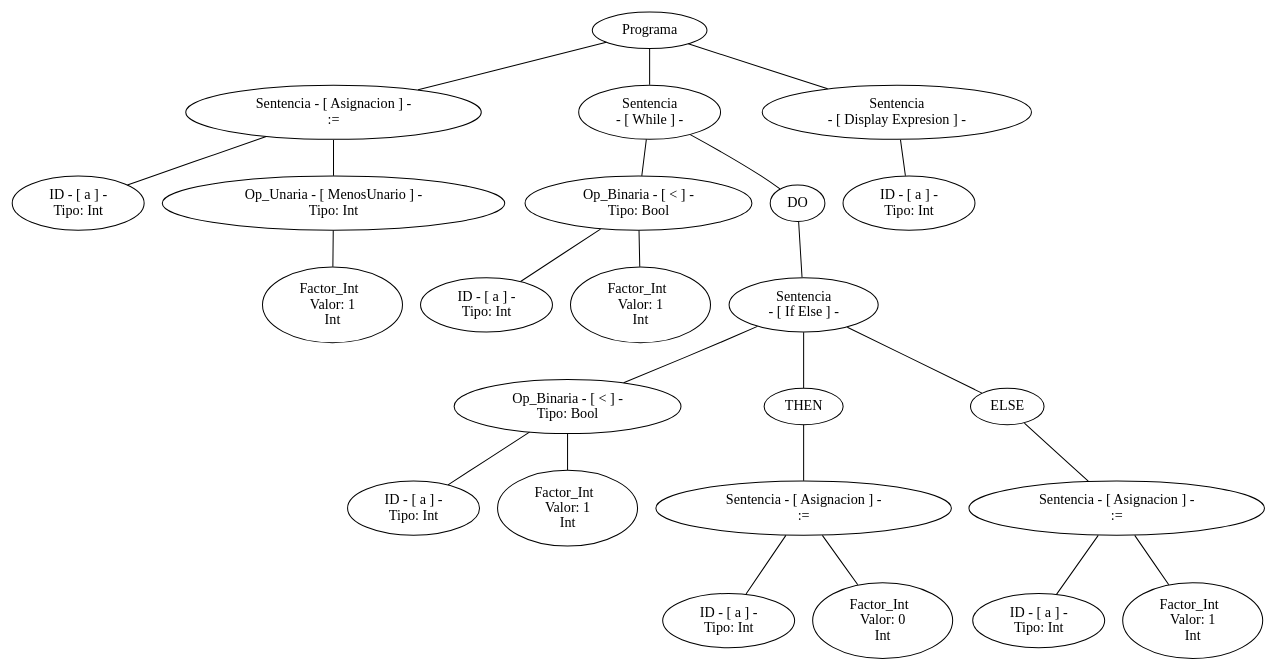
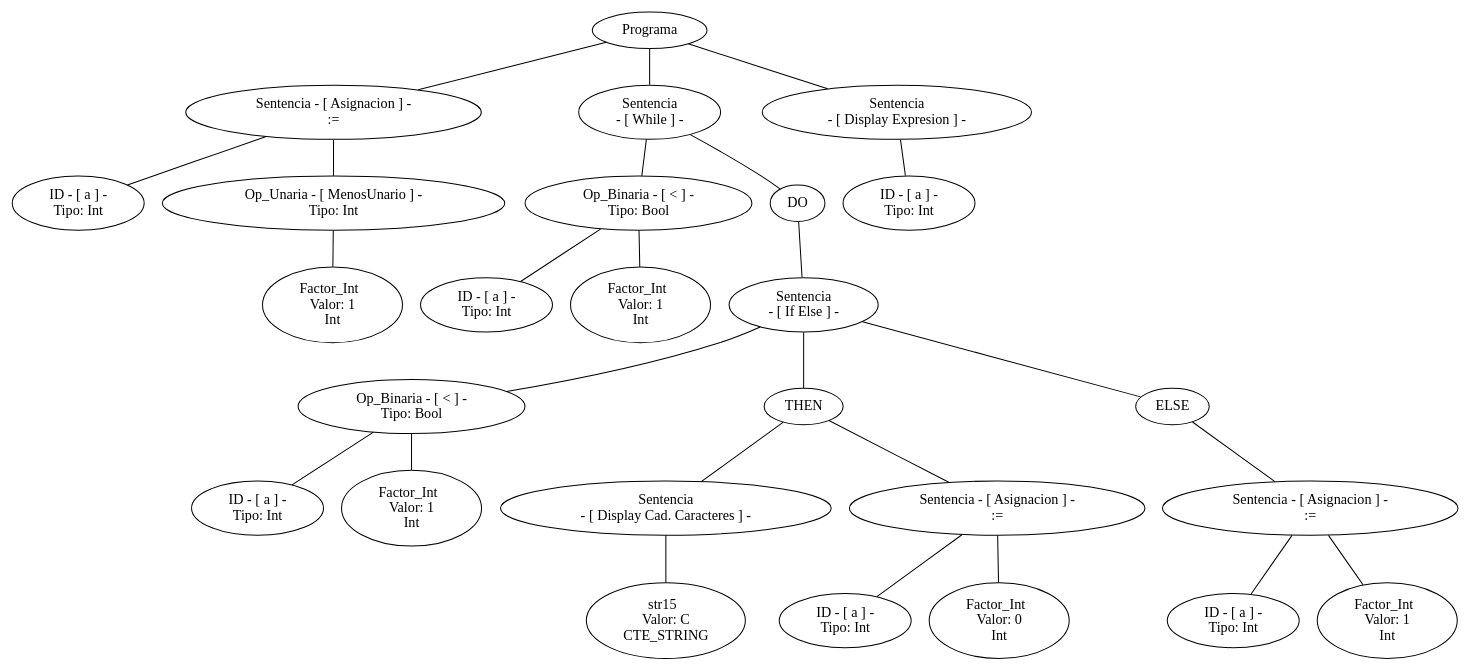
The diagram in arbol.dot (SantiPerez17/Compiladores), drawn with Graphviz before and after one commit. The commit also changed 14 other files, not shown here.

```diff
--- a/arbol.dot
+++ b/arbol.dot
@@ -1,73 +1,80 @@
 graph G {nodo_programa[label="Programa"]
-nodo_2036763419[label="Sentencia - [ Asignacion ] -
+nodo_548246552[label="Sentencia - [ Asignacion ] -
  :="]
-nodo_programa--nodo_2036763419
-nodo_1286824973[label=" ID - [ a ] - 
+nodo_programa--nodo_548246552
+nodo_1108411398[label=" ID - [ a ] - 
  Tipo: Int"]
-nodo_2036763419--nodo_1286824973
-nodo_1685584631[label=" Op_Unaria - [ MenosUnario ] - 
+nodo_548246552--nodo_1108411398
+nodo_625576447[label=" Op_Unaria - [ MenosUnario ] - 
  Tipo: Int"]
-nodo_2036763419--nodo_1685584631
-nodo_1557969024[label="Factor_Int  
+nodo_548246552--nodo_625576447
+nodo_443308702[label="Factor_Int  
  Valor: 1 
 Int"]
-nodo_1685584631--nodo_1557969024
-nodo_933043839[label="Sentencia
+nodo_625576447--nodo_443308702
+nodo_1349277854[label="Sentencia
  - [ While ] -"]
-nodo_programa--nodo_933043839
-nodo_1824804253[label=" Op_Binaria - [ < ] - 
+nodo_programa--nodo_1349277854
+nodo_6566818[label=" Op_Binaria - [ < ] - 
  Tipo: Bool"]
-nodo_933043839--nodo_1824804253
-nodo_376258088[label=" ID - [ a ] - 
+nodo_1349277854--nodo_6566818
+nodo_835648992[label=" ID - [ a ] - 
  Tipo: Int"]
-nodo_1824804253--nodo_376258088
-nodo_393162296[label="Factor_Int  
+nodo_6566818--nodo_835648992
+nodo_1134517053[label="Factor_Int  
  Valor: 1 
 Int"]
-nodo_1824804253--nodo_393162296
-nodo_9330438391[label="DO"]
-nodo_933043839--nodo_9330438391
-nodo_2084167179[label="Sentencia
+nodo_6566818--nodo_1134517053
+nodo_13492778541[label="DO"]
+nodo_1349277854--nodo_13492778541
+nodo_445051633[label="Sentencia
  - [ If Else ] -"]
-nodo_9330438391--nodo_2084167179
-nodo_1411714745[label=" Op_Binaria - [ < ] - 
+nodo_13492778541--nodo_445051633
+nodo_87285178[label=" Op_Binaria - [ < ] - 
  Tipo: Bool"]
-nodo_2084167179--nodo_1411714745
-nodo_45392083[label=" ID - [ a ] - 
+nodo_445051633--nodo_87285178
+nodo_1494279232[label=" ID - [ a ] - 
  Tipo: Int"]
-nodo_1411714745--nodo_45392083
-nodo_2059509259[label="Factor_Int  
+nodo_87285178--nodo_1494279232
+nodo_1650967483[label="Factor_Int  
  Valor: 1 
 Int"]
-nodo_1411714745--nodo_2059509259
-nodo_20841671791[label="THEN"]
-nodo_2084167179--nodo_20841671791
-nodo_1037471910[label="Sentencia - [ Asignacion ] -
+nodo_87285178--nodo_1650967483
+nodo_4450516331[label="THEN"]
+nodo_445051633--nodo_4450516331
+nodo_109961541[label="Sentencia
+ - [ Display Cad. Caracteres ] -"]
+nodo_4450516331--nodo_109961541
+nodo_1598924227[label="str15  
+ Valor: C 
+CTE_STRING"]
+nodo_109961541--nodo_1598924227
+nodo_1190654826[label="Sentencia - [ Asignacion ] -
  :="]
-nodo_20841671791--nodo_1037471910
-nodo_1156702016[label=" ID - [ a ] - 
+nodo_4450516331--nodo_1190654826
+nodo_1144748369[label=" ID - [ a ] - 
  Tipo: Int"]
-nodo_1037471910--nodo_1156702016
-nodo_440600837[label="Factor_Int  
+nodo_1190654826--nodo_1144748369
+nodo_670700378[label="Factor_Int  
  Valor: 0 
 Int"]
-nodo_1037471910--nodo_440600837
-nodo_20841671792[label="ELSE"]
-nodo_2084167179--nodo_20841671792
-nodo_935198684[label="Sentencia - [ Asignacion ] -
+nodo_1190654826--nodo_670700378
+nodo_4450516332[label="ELSE"]
+nodo_445051633--nodo_4450516332
+nodo_1558600329[label="Sentencia - [ Asignacion ] -
  :="]
-nodo_20841671792--nodo_935198684
-nodo_995274426[label=" ID - [ a ] - 
+nodo_4450516332--nodo_1558600329
+nodo_340870931[label=" ID - [ a ] - 
  Tipo: Int"]
-nodo_935198684--nodo_995274426
-nodo_1267822801[label="Factor_Int  
+nodo_1558600329--nodo_340870931
+nodo_728890494[label="Factor_Int  
  Valor: 1 
 Int"]
-nodo_935198684--nodo_1267822801
-nodo_658112141[label="Sentencia
+nodo_1558600329--nodo_728890494
+nodo_2040495657[label="Sentencia
  - [ Display Expresion ] -"]
-nodo_programa--nodo_658112141
-nodo_2047581549[label=" ID - [ a ] - 
+nodo_programa--nodo_2040495657
+nodo_1775282465[label=" ID - [ a ] - 
  Tipo: Int"]
-nodo_658112141--nodo_2047581549
+nodo_2040495657--nodo_1775282465
 }
```
